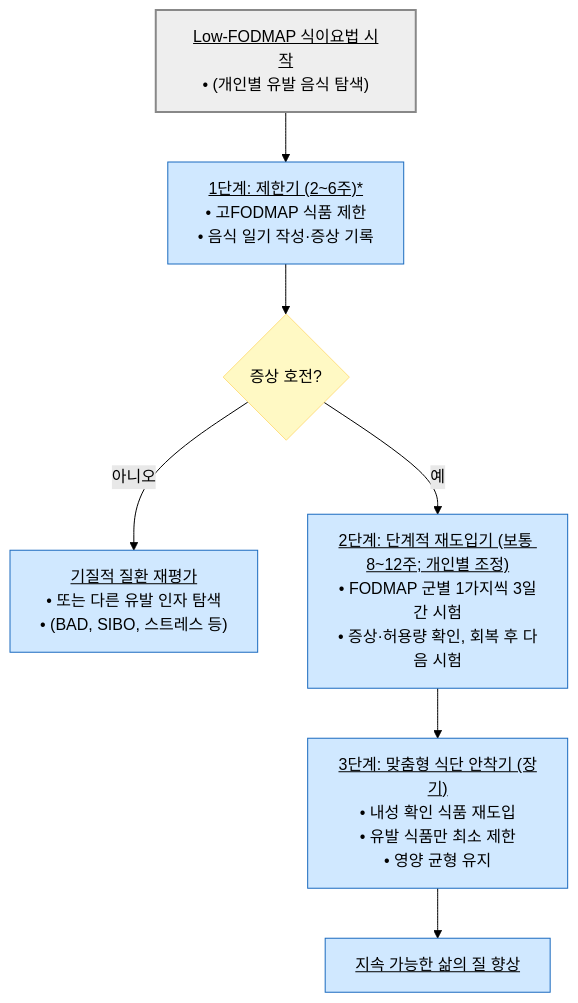
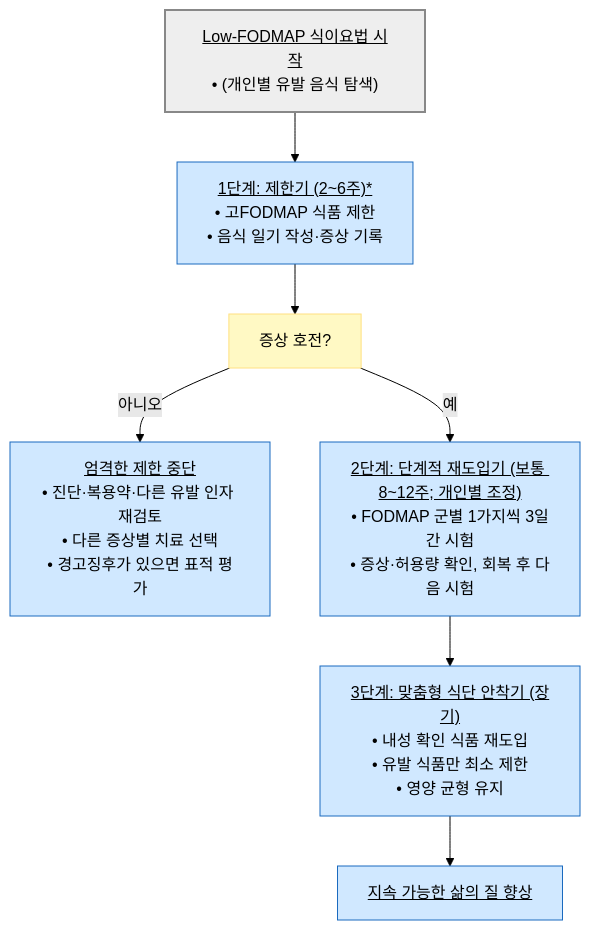
One commit to familyoh77/familyoh77 changed the second of 2 diagrams in 224_/087_-ibs.md. Above: the diagram before and after it, drawn with Mermaid (forest theme). The commit also changed other lines of this file, not shown here.

````diff
--- a/224_/087_-ibs.md
+++ b/224_/087_-ibs.md
@@ -237,23 +243,23 @@
 ```mermaid
 flowchart TD
     Start["<u>Low-FODMAP 식이요법 시작</u><br/>• (개인별 유발 음식 탐색)"]
     P1["<u>1단계: 제한기 (2~6주)*</u><br/>• 고FODMAP 식품 제한<br/>• 음식 일기 작성·증상 기록"]
-    Cond1{"증상 호전?"}
-    P1_Fail["<u>기질적 질환 재평가</u><br/>• 또는 다른 유발 인자 탐색<br/>• (BAD, SIBO, 스트레스 등)"]
+    Cond1["증상 호전?"]
+    P1_Fail["<u>엄격한 제한 중단</u><br/>• 진단·복용약·다른 유발 인자 재검토<br/>• 다른 증상별 치료 선택<br/>• 경고징후가 있으면 표적 평가"]
     P2["<u>2단계: 단계적 재도입기 (보통 8~12주; 개인별 조정)</u><br/>• FODMAP 군별 1가지씩 3일간 시험<br/>• 증상·허용량 확인, 회복 후 다음 시험"]
     P3["<u>3단계: 맞춤형 식단 안착기 (장기)</u><br/>• 내성 확인 식품 재도입<br/>• 유발 식품만 최소 제한<br/>• 영양 균형 유지"]
     End2["<u>지속 가능한 삶의 질 향상</u>"]
 
     Start --> P1
     P1 --> Cond1
     Cond1 -- "아니오" --> P1_Fail
     Cond1 -- "예" --> P2
     P2 --> P3
     P3 --> End2
 
 style Start fill:#eeeeee,stroke:#888888,stroke-width:2px
 classDef question fill:#fff9c4,stroke:#ffe082
 class Cond1 question
 classDef blue fill:#d0e8ff,stroke:#1a6abf
 class End2,P1,P2,P3,P1_Fail blue
 ```
````
